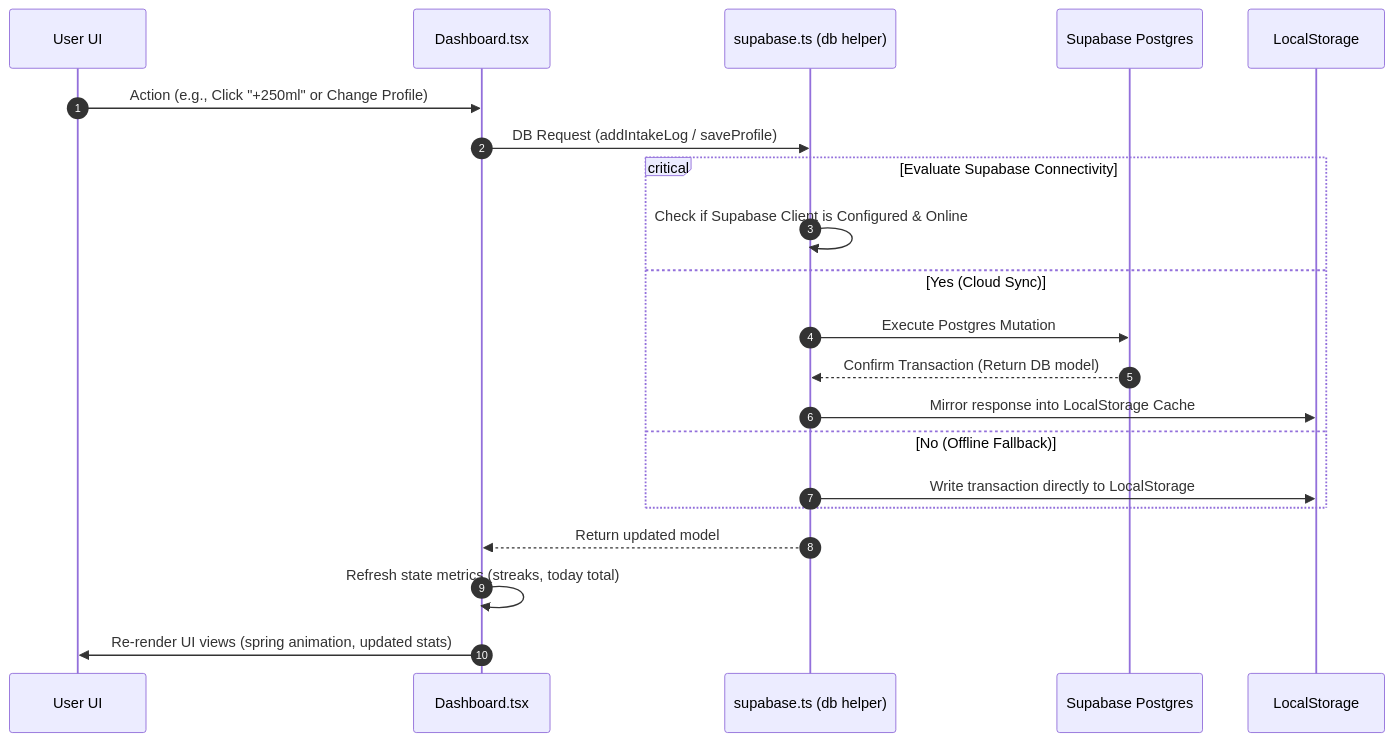
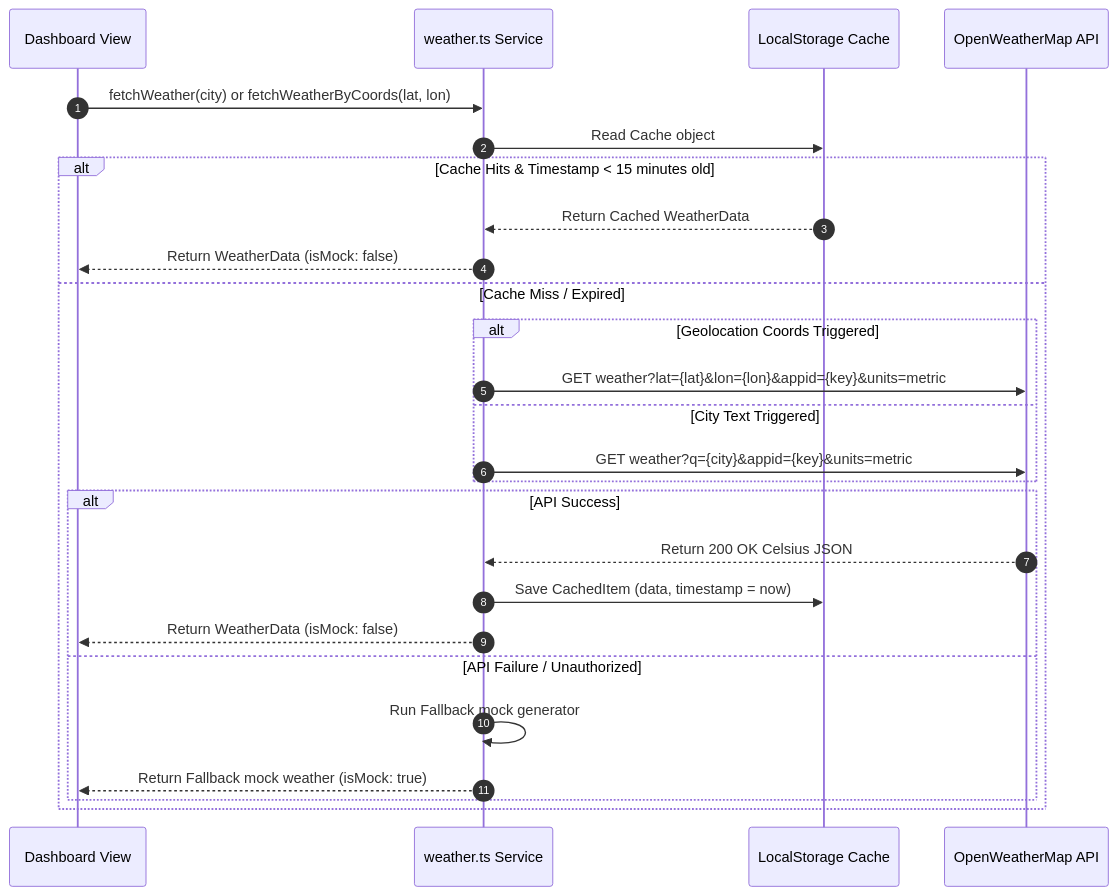
Before and after one commit to ramalokeshreddyp/hydrosmart-ai: the fourth of 4 diagrams in architecture.md, drawn with Mermaid. The commit also changed other lines of this file and 18 other files, not shown here.

````diff
--- a/architecture.md
+++ b/architecture.md
@@ -136,26 +154,30 @@
 ```mermaid
 sequenceDiagram
     autonumber
-    participant User as User UI
-    participant Dash as Dashboard.tsx
-    participant DB as supabase.ts (db helper)
-    participant Cloud as Supabase Postgres
-    participant Cache as LocalStorage
+    participant UI as Dashboard View
+    participant Weather as weather.ts Service
+    participant Cache as LocalStorage Cache
+    participant API as OpenWeatherMap API
 
-    User->>Dash: Action (e.g., Click "+250ml" or Change Profile)
-    Dash->>DB: DB Request (addIntakeLog / saveProfile)
-    
-    critical Evaluate Supabase Connectivity
-        DB->>DB: Check if Supabase Client is Configured & Online
-    option Yes (Cloud Sync)
-        DB->>Cloud: Execute Postgres Mutation
-        Cloud-->>DB: Confirm Transaction (Return DB model)
-        DB->>Cache: Mirror response into LocalStorage Cache
-    option No (Offline Fallback)
-        DB->>Cache: Write transaction directly to LocalStorage
+    UI->>Weather: fetchWeather(city) or fetchWeatherByCoords(lat, lon)
+    Weather->>Cache: Read Cache object
+    alt Cache Hits & Timestamp < 15 minutes old
+        Cache-->>Weather: Return Cached WeatherData
+        Weather-->>UI: Return WeatherData (isMock: false)
+    else Cache Miss / Expired
+        alt Geolocation Coords Triggered
+            Weather->>API: GET weather?lat={lat}&lon={lon}&appid={key}&units=metric
+        else City Text Triggered
+            Weather->>API: GET weather?q={city}&appid={key}&units=metric
+        end
+        
+        alt API Success
+            API-->>Weather: Return 200 OK Celsius JSON
+            Weather->>Cache: Save CachedItem (data, timestamp = now)
+            Weather-->>UI: Return WeatherData (isMock: false)
+        else API Failure / Unauthorized
+            Weather->>Weather: Run Fallback mock generator
+            Weather-->>UI: Return Fallback mock weather (isMock: true)
+        end
     end
-
-    DB-->>Dash: Return updated model
-    Dash->>Dash: Refresh state metrics (streaks, today total)
-    Dash->>User: Re-render UI views (spring animation, updated stats)
 ```
````
